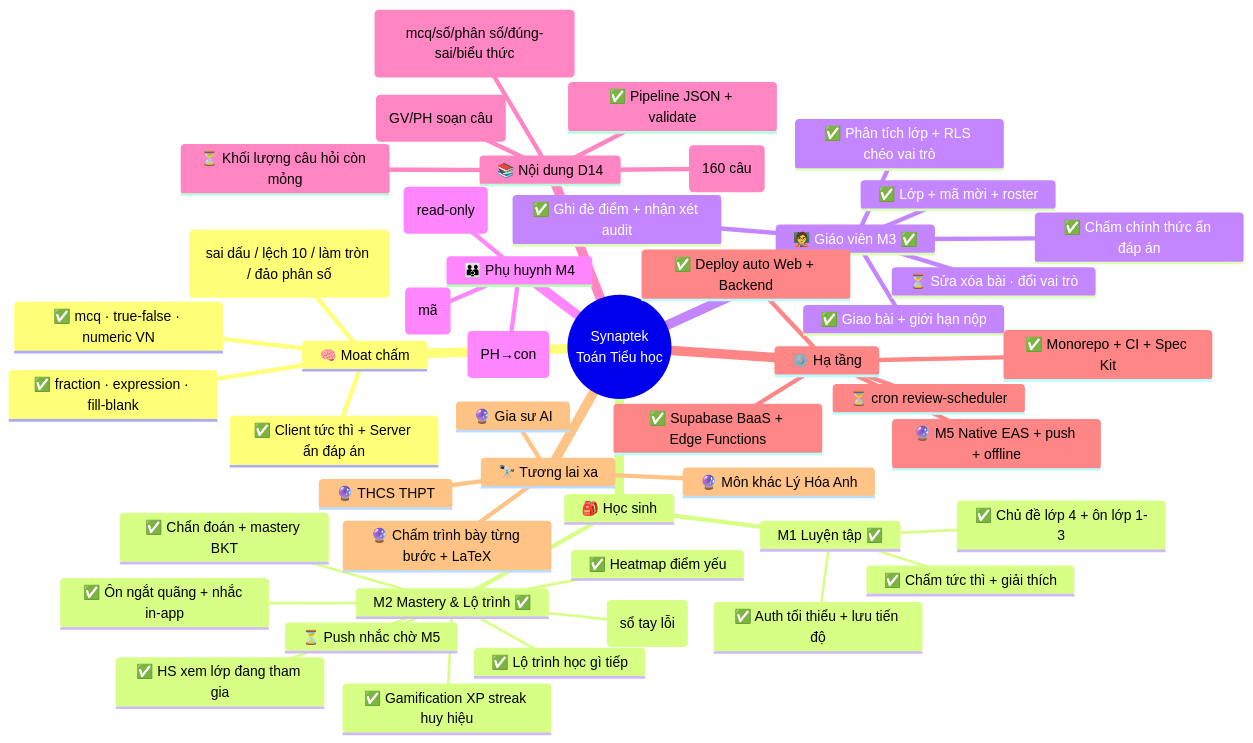
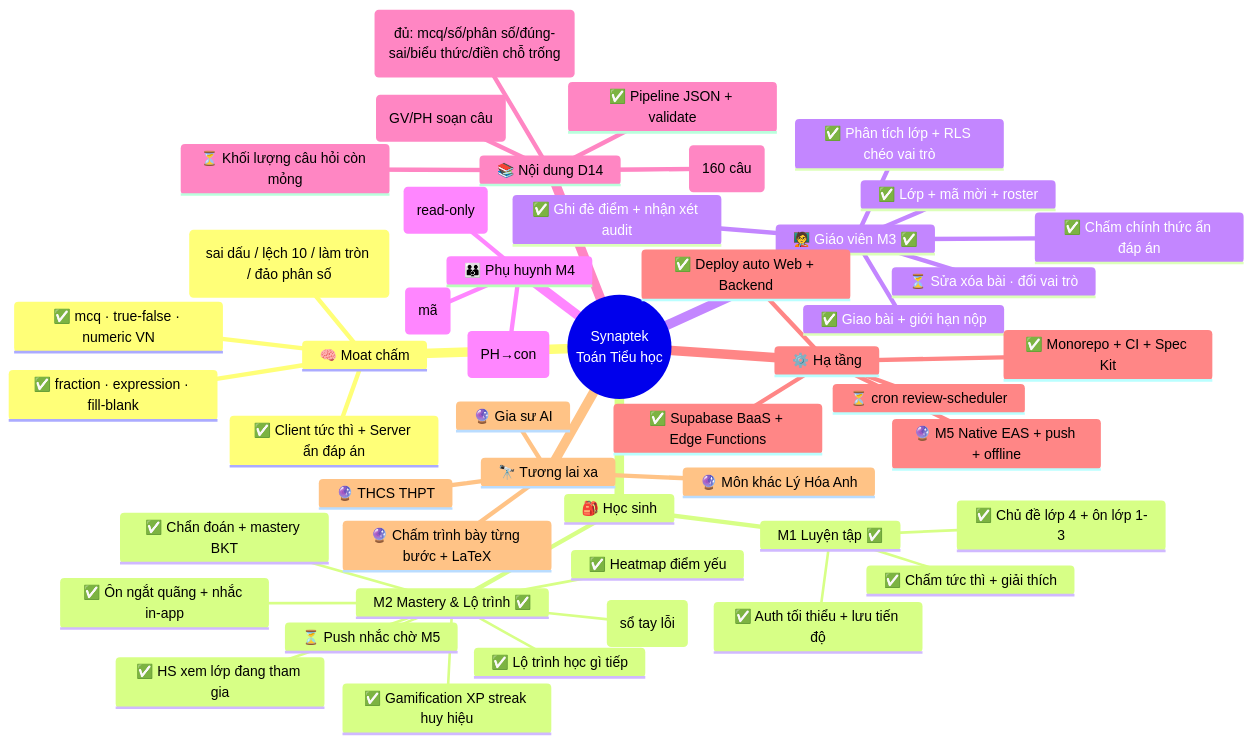
The first of 2 diagrams in docs/FEATURE-MAP.md (hoanghainh1188/synaptek), drawn with Mermaid before and after one commit. The commit also changed 7 other files, not shown here.

First line of the commit message:
feat(authoring): thêm loại Điền chỗ trống — đủ 6/6 loại câu tự soạn (#34)

````diff
--- a/docs/FEATURE-MAP.md
+++ b/docs/FEATURE-MAP.md
@@ -8,51 +8,51 @@
 ```mermaid
 mindmap
   root((Synaptek<br/>Toán Tiểu học))
     🧠 Moat chấm
       ✅ mcq · true-false · numeric VN
       ✅ fraction · expression · fill-blank
       ✅ Client tức thì + Server ẩn đáp án
       ✅ Chẩn đoán lỗi (sai dấu / lệch 10 / làm tròn / đảo phân số)
     🎒 Học sinh
       M1 Luyện tập ✅
         ✅ Chủ đề lớp 4 + ôn lớp 1-3
         ✅ Chấm tức thì + giải thích
         ✅ Auth tối thiểu + lưu tiến độ
       M2 Mastery & Lộ trình ✅
         ✅ HS xem lớp đang tham gia
         ✅ Chẩn đoán + mastery BKT
         ✅ Lộ trình học gì tiếp
         ✅ Heatmap điểm yếu
         ✅ Gamification XP streak huy hiệu
         ✅ Ôn ngắt quãng + nhắc in-app
         ✅ Ôn lại câu sai (sổ tay lỗi)
         ⏳ Push nhắc chờ M5
     🧑‍🏫 Giáo viên M3 ✅
       ✅ Lớp + mã mời + roster
       ✅ Giao bài + giới hạn nộp
       ✅ Chấm chính thức ẩn đáp án
       ✅ Ghi đè điểm + nhận xét audit
       ✅ Phân tích lớp + RLS chéo vai trò
       ⏳ Sửa xóa bài · đổi vai trò
     👪 Phụ huynh M4
       ✅ Liên kết phụ huynh - con (mã)
       ✅ Theo dõi tiến độ con (read-only)
       ✅ Giao bài tại nhà (PH→con)
     📚 Nội dung D14
       ✅ Pipeline JSON + validate
       ⏳ Khối lượng câu hỏi còn mỏng
       ✅ Authoring UI (GV/PH soạn câu)
-      ✅ 5 loại câu tự soạn (mcq/số/phân số/đúng-sai/biểu thức)
+      ✅ 6 loại câu tự soạn (đủ: mcq/số/phân số/đúng-sai/biểu thức/điền chỗ trống)
       ✅ Nội dung lớp 1-5 (160 câu)
     ⚙️ Hạ tầng
       ✅ Monorepo + CI + Spec Kit
       ✅ Supabase BaaS + Edge Functions
       ✅ Deploy auto Web + Backend
       ⏳ cron review-scheduler
       🔮 M5 Native EAS + push + offline
     🔭 Tương lai xa
       🔮 THCS THPT
       🔮 Môn khác Lý Hóa Anh
       🔮 Chấm trình bày từng bước + LaTeX
       🔮 Gia sư AI
 ```
````
